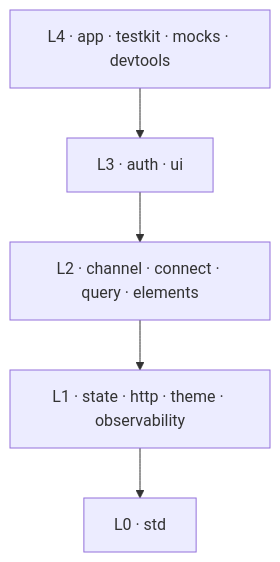
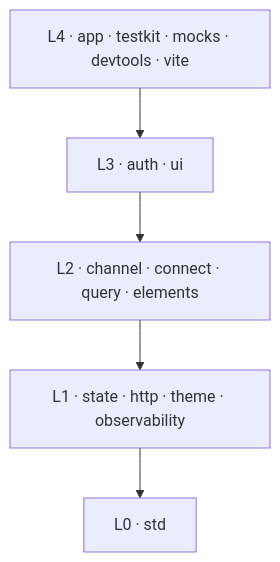
Before and after one commit to kbukum/plainworks: the diagram in README.md, drawn with Mermaid. The commit also changed other lines of this file and 388 other files, not shown here.

First line of the commit message:
feat: adopt standard failures and add flow journey budgets (#81)

````diff
--- a/README.md
+++ b/README.md
@@ -52,7 +57,7 @@
 ```mermaid
 flowchart TD
-  L4["L4 · app · testkit · mocks · devtools"] --> L3["L3 · auth · ui"]
+  L4["L4 · app · testkit · mocks · devtools · vite"] --> L3["L3 · auth · ui"]
   L3 --> L2["L2 · channel · connect · query · elements"]
   L2 --> L1["L1 · state · http · theme · observability"]
   L1 --> L0["L0 · std"]
 ```
````
